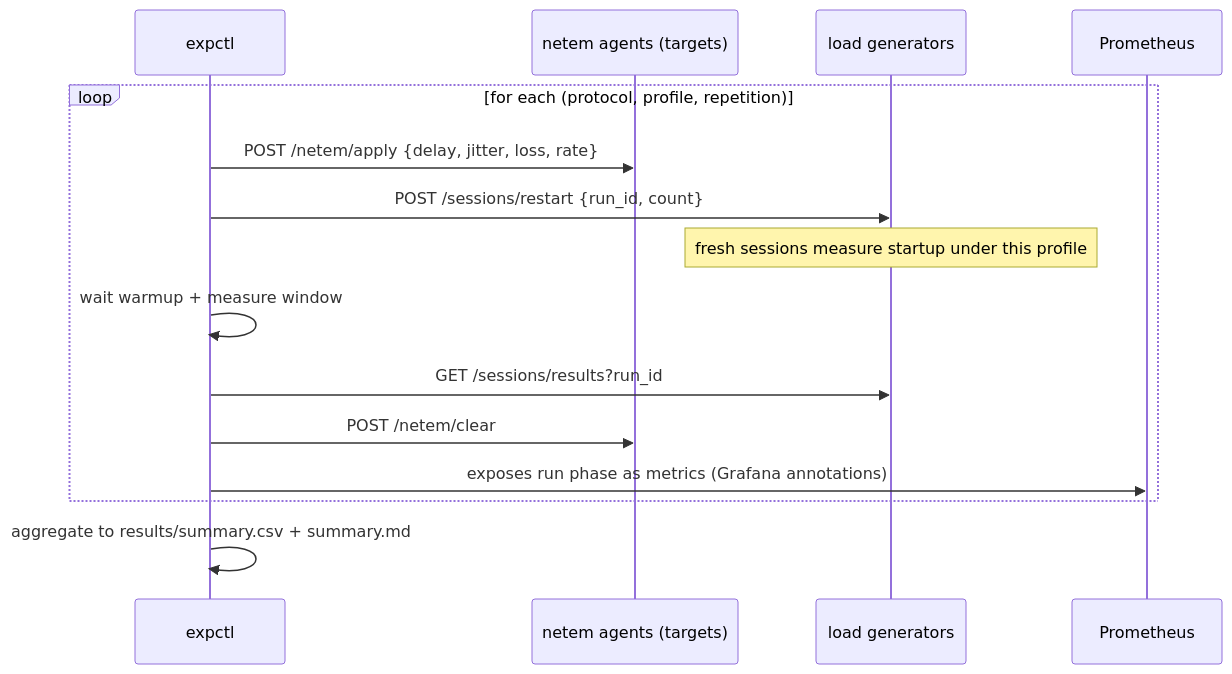
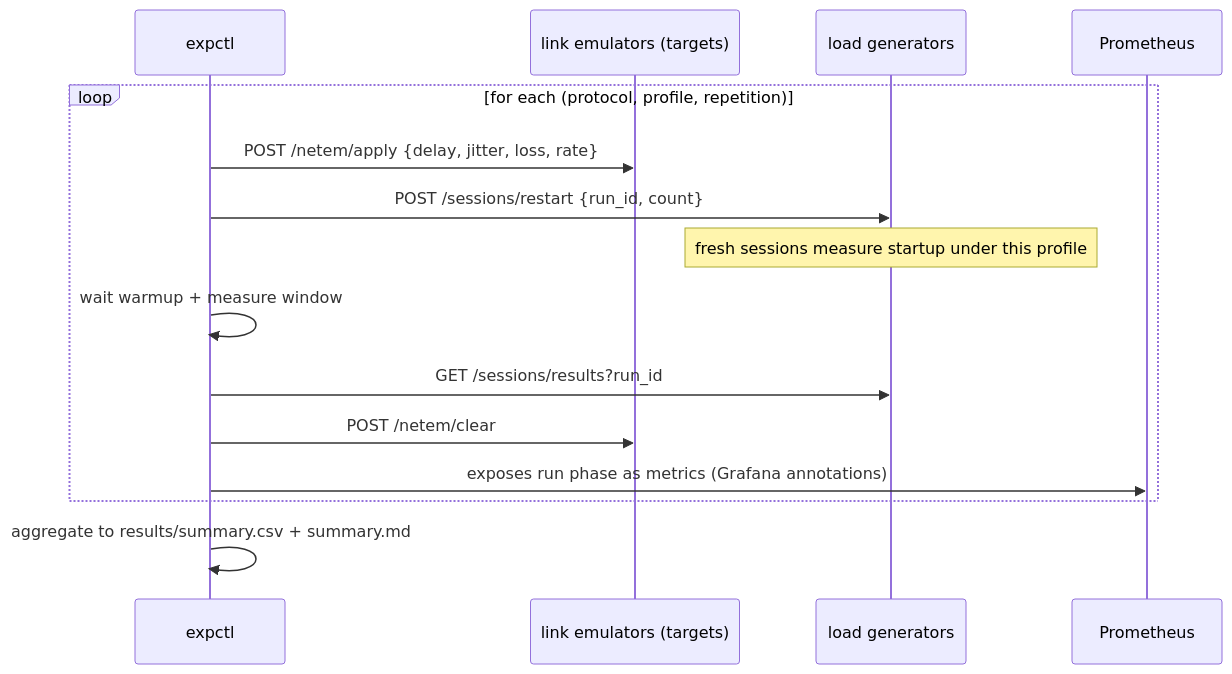
Before and after one commit to sushantlokhande14/edgecast: the third of 3 diagrams in docs/02-architecture.md, drawn with Mermaid. The commit also changed other lines of this file and 16 other files, not shown here.

````diff
--- a/docs/02-architecture.md
+++ b/docs/02-architecture.md
@@ -103,18 +112,18 @@
 ```mermaid
 sequenceDiagram
     participant E as expctl
-    participant N as netem agents (targets)
+    participant N as link emulators (targets)
     participant L as load generators
     participant P as Prometheus
 
     loop for each (protocol, profile, repetition)
         E->>N: POST /netem/apply {delay, jitter, loss, rate}
         E->>L: POST /sessions/restart {run_id, count}
         Note over L: fresh sessions measure startup under this profile
         E->>E: wait warmup + measure window
         E->>L: GET /sessions/results?run_id
         E->>N: POST /netem/clear
         E->>P: exposes run phase as metrics (Grafana annotations)
     end
     E->>E: aggregate to results/summary.csv + summary.md
 ```
````
